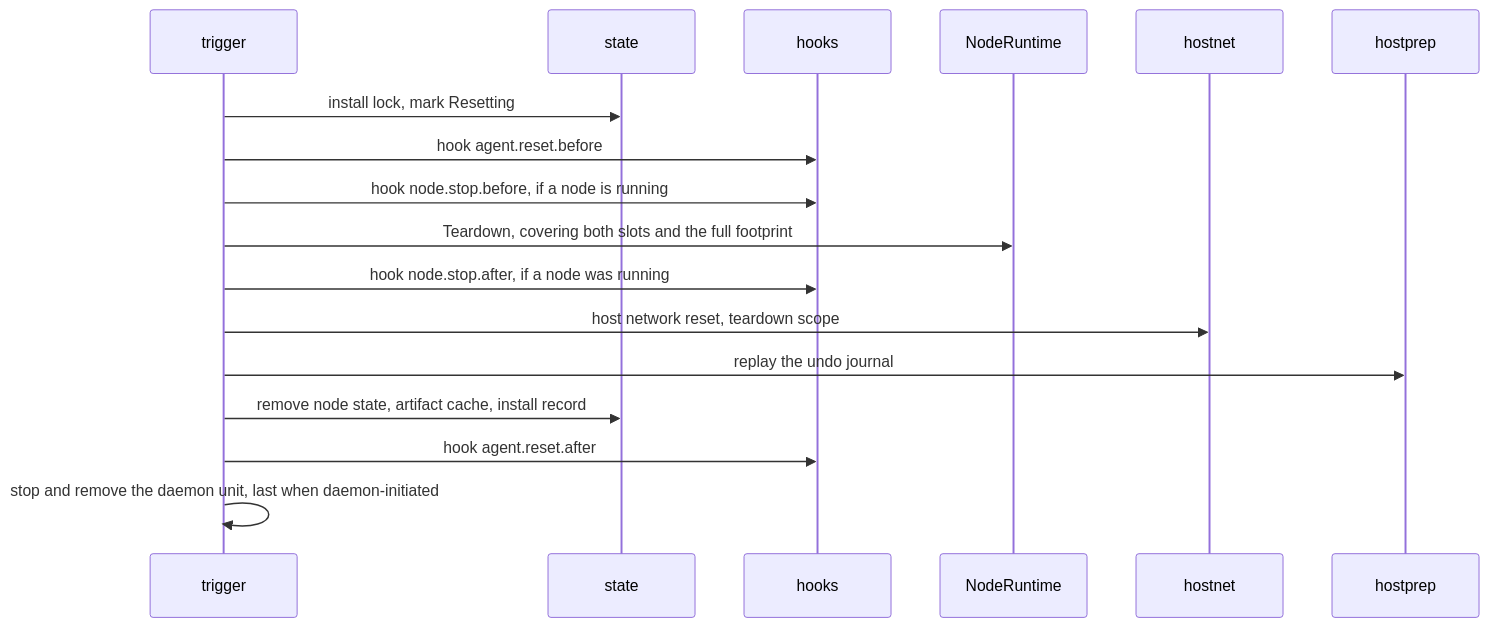
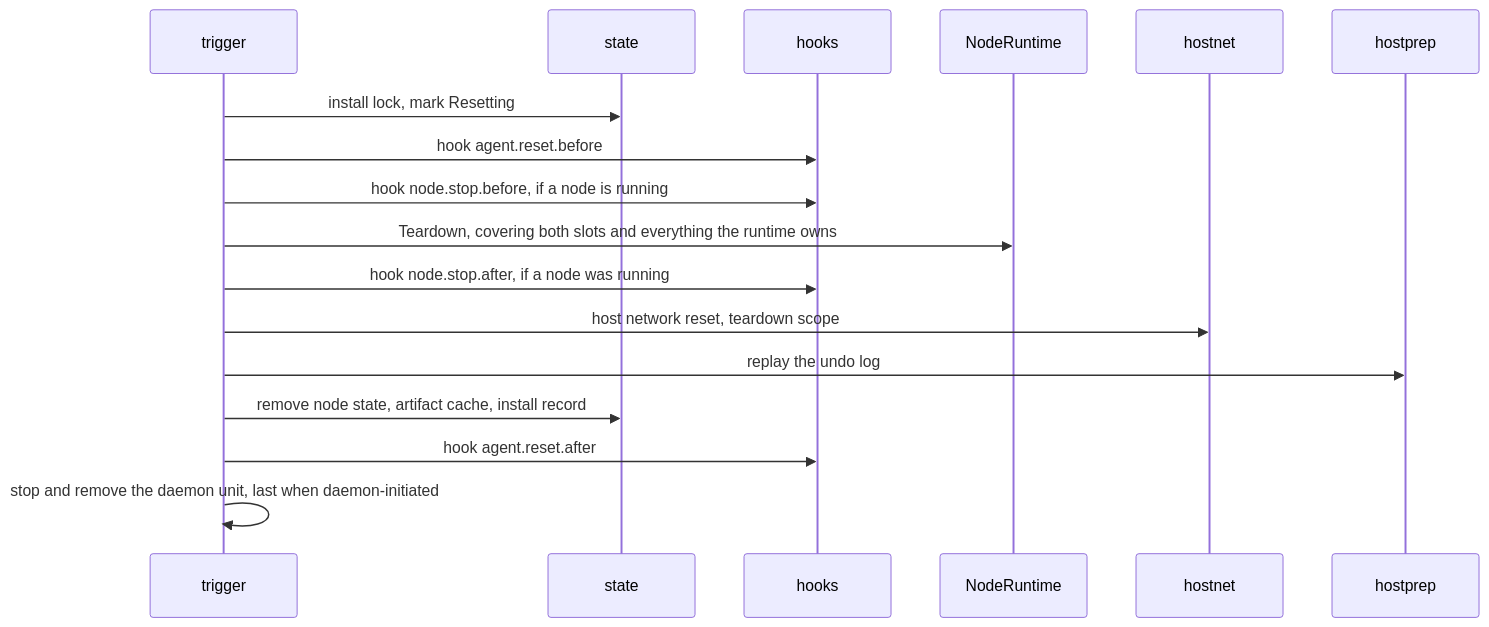
One commit to Azure/unbounded changed the ninth of 13 diagrams in designs/agent-v2.md. Above: the diagram before and after it, drawn with Mermaid. The commit also changed other lines of this file, not shown here.

````diff
--- a/designs/agent-v2.md
+++ b/designs/agent-v2.md
@@ -1190,19 +1208,19 @@
 ```mermaid
 sequenceDiagram
   participant T as trigger
   participant St as state
   participant Px as hooks
   participant RT as NodeRuntime
   participant HN as hostnet
   participant HP as hostprep
   T->>St: install lock, mark Resetting
   T->>Px: hook agent.reset.before
   T->>Px: hook node.stop.before, if a node is running
-  T->>RT: Teardown, covering both slots and the full footprint
+  T->>RT: Teardown, covering both slots and everything the runtime owns
   T->>Px: hook node.stop.after, if a node was running
   T->>HN: host network reset, teardown scope
-  T->>HP: replay the undo journal
+  T->>HP: replay the undo log
   T->>St: remove node state, artifact cache, install record
   T->>Px: hook agent.reset.after
   T->>T: stop and remove the daemon unit, last when daemon-initiated
 ```
````
